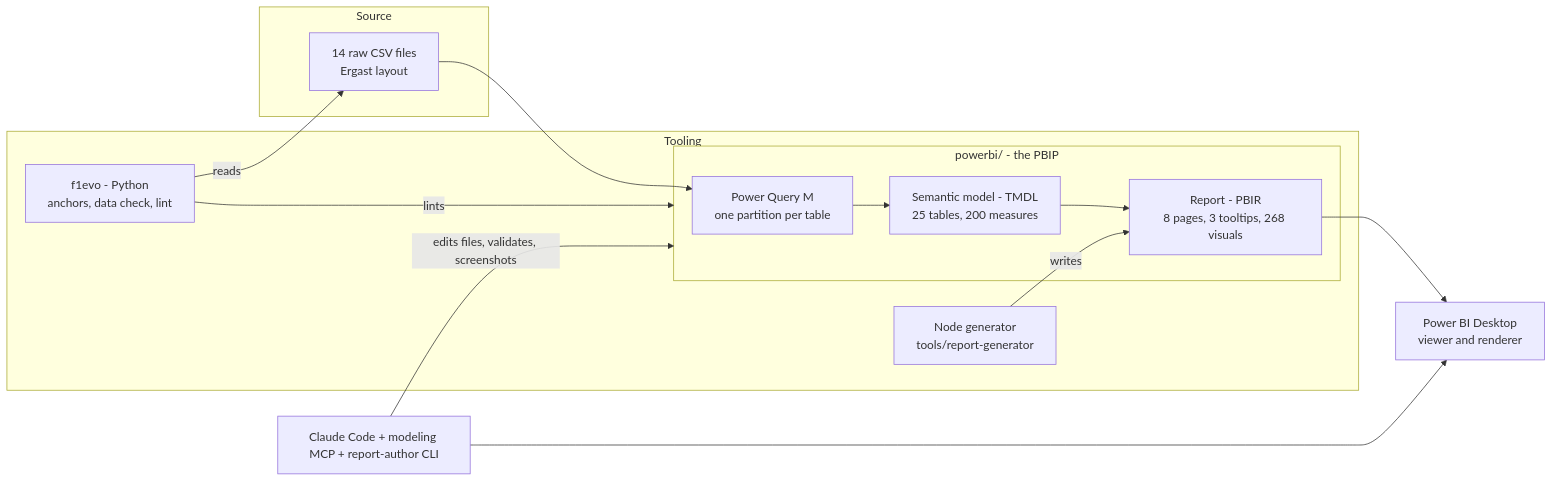
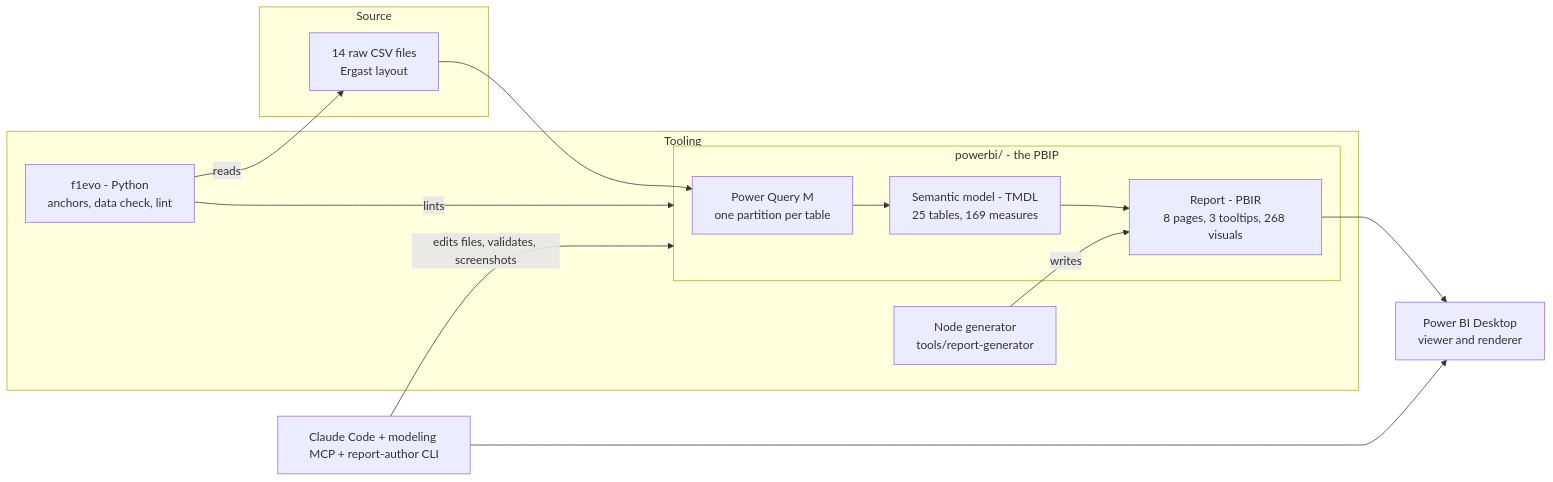
The diagram in docs/architecture.md (Shivansh9307/powerbi-mcp-vs-claude-ai-dashboards), drawn with Mermaid before and after one commit. The commit also changed 19 other files, not shown here.

````diff
--- a/docs/architecture.md
+++ b/docs/architecture.md
@@ -4,19 +4,19 @@
 ```mermaid
 flowchart LR
     subgraph Source
         CSV[14 raw CSV files<br/>Ergast layout]
     end
     subgraph Power_BI_project[powerbi/ - the PBIP]
-        PQ[Power Query M<br/>one partition per table] --> MODEL[Semantic model - TMDL<br/>25 tables, 200 measures]
+        PQ[Power Query M<br/>one partition per table] --> MODEL[Semantic model - TMDL<br/>25 tables, 169 measures]
         MODEL --> REPORT[Report - PBIR<br/>8 pages, 3 tooltips, 268 visuals]
     end
     subgraph Tooling
         GEN[Node generator<br/>tools/report-generator] -- writes --> REPORT
         PY[f1evo - Python<br/>anchors, data check, lint] -- reads --> CSV
         PY -- lints --> Power_BI_project
     end
     CSV --> PQ
     REPORT --> DESKTOP[Power BI Desktop<br/>viewer and renderer]
     AGENT[Claude Code + modeling MCP + report-author CLI] -- edits files, validates, screenshots --> Power_BI_project
     AGENT --> DESKTOP
 ```
````
